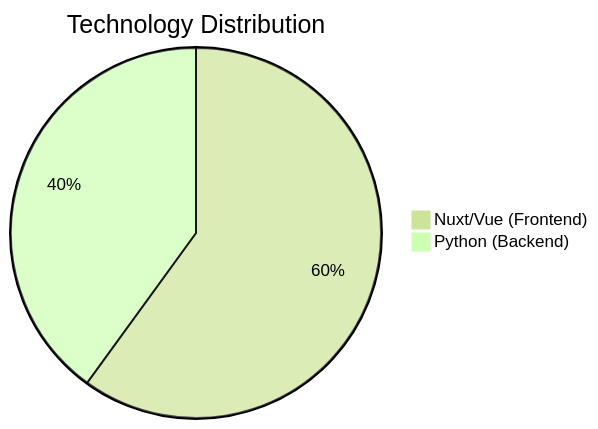
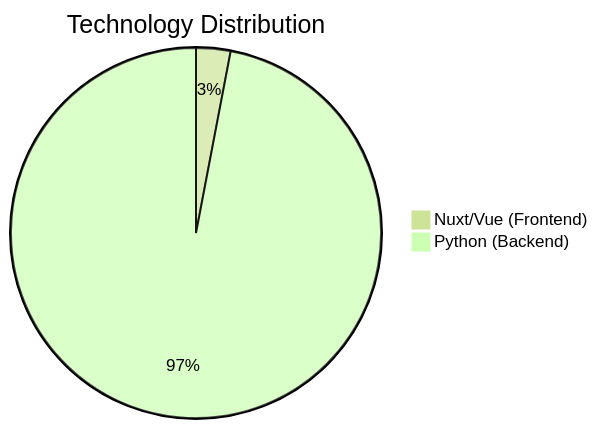
Before and after one commit to MichaJDev/WildMediaServer: the diagram in README.md, drawn with Mermaid (forest theme).

````diff
--- a/README.md
+++ b/README.md
@@ -7,6 +7,6 @@
 ```mermaid
 pie
     title Technology Distribution
-    "Nuxt/Vue (Frontend)": 60
-    "Python (Backend)": 40
+    "Nuxt/Vue (Frontend)": 3
+    "Python (Backend)": 97
 ```
````
